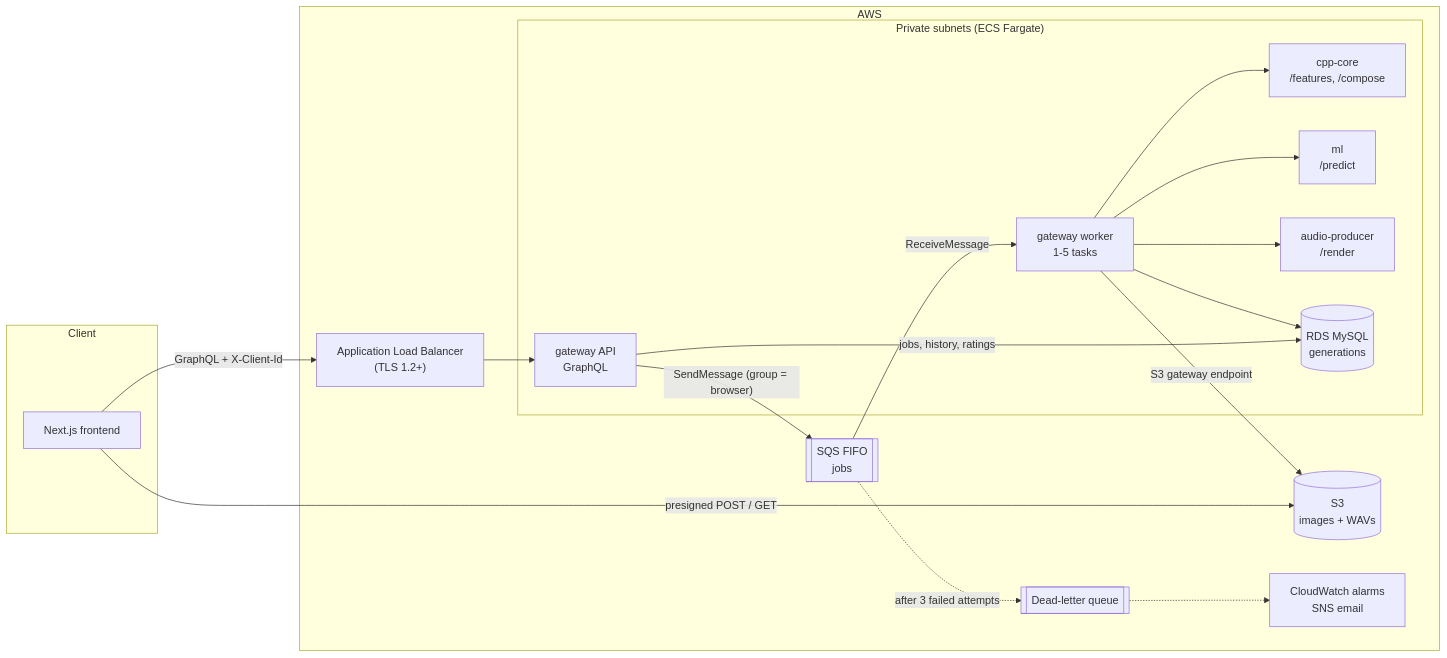
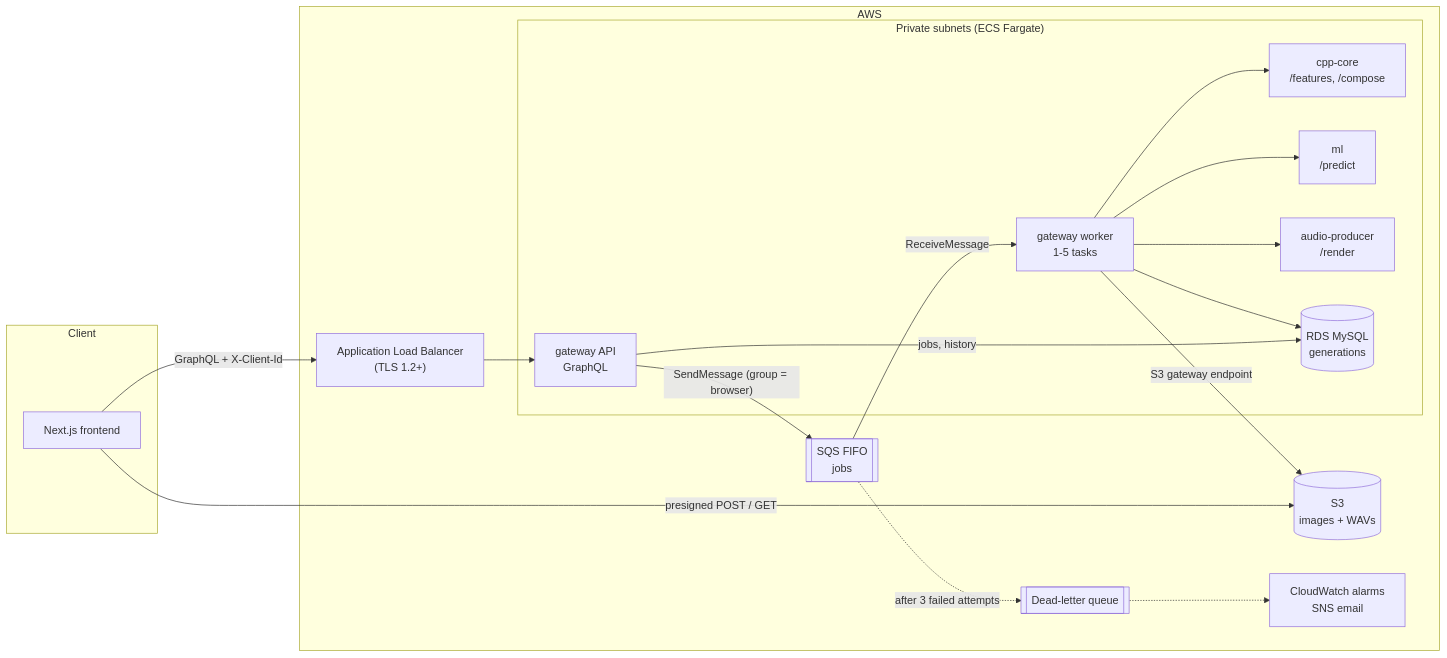
One commit to DakshK26/SoundCanvas changed the diagram in README.md. Above: the diagram before and after it, drawn with Mermaid. The commit also changed other lines of this file and 74 other files, not shown here.

````diff
--- a/README.md
+++ b/README.md
@@ -14,35 +14,35 @@
 ```mermaid
 flowchart LR
   subgraph Client
     Browser["Next.js frontend"]
   end
 
   subgraph AWS
     ALB["Application Load Balancer<br/>(TLS 1.2+)"]
     S3[("S3<br/>images + WAVs")]
     SQS[["SQS FIFO<br/>jobs"]]
     DLQ[["Dead-letter queue"]]
     Alarms["CloudWatch alarms<br/>SNS email"]
 
     subgraph Private["Private subnets (ECS Fargate)"]
       API["gateway API<br/>GraphQL"]
       Worker["gateway worker<br/>1-5 tasks"]
       Cpp["cpp-core<br/>/features, /compose"]
       ML["ml<br/>/predict"]
       Audio["audio-producer<br/>/render"]
       RDS[("RDS MySQL<br/>generations")]
     end
   end
 
   Browser -- "GraphQL + X-Client-Id" --> ALB --> API
   Browser -- "presigned POST / GET" --> S3
-  API -- "jobs, history, ratings" --> RDS
+  API -- "jobs, history" --> RDS
   API -- "SendMessage (group = browser)" --> SQS
   SQS -- "ReceiveMessage" --> Worker
   SQS -. "after 3 failed attempts" .-> DLQ -.-> Alarms
   Worker --> Cpp
   Worker --> ML
   Worker --> Audio
   Worker -- "S3 gateway endpoint" --> S3
   Worker --> RDS
 ```
````
